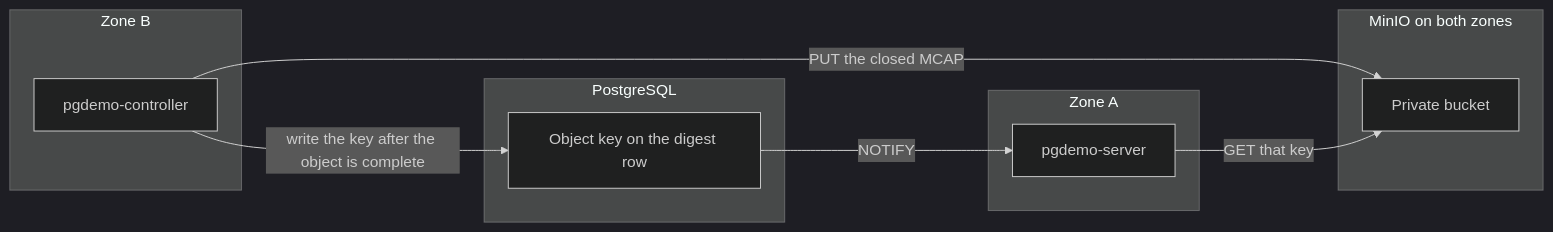
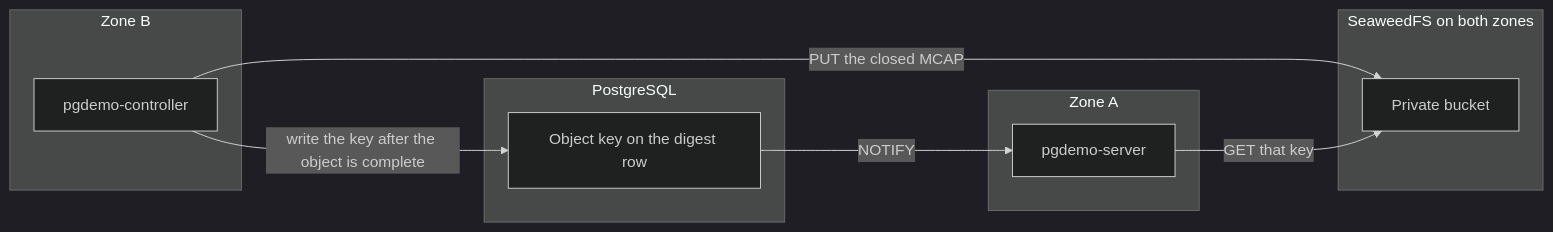
Before and after one commit to jgmatu/postgresql: the third of 5 diagrams in TODO.md, drawn with Mermaid (dark theme). The commit also changed other lines of this file, not shown here.

Commit message:
Use SeaweedFS for the fat telemetry body and keep PostgreSQL as the clock between the two processes.

````diff
--- a/TODO.md
+++ b/TODO.md
@@ -98,20 +107,20 @@
 ```mermaid
 flowchart LR
     subgraph zoneB [Zone B]
         producer[pgdemo-controller]
     end
-    subgraph buffer [MinIO on both zones]
+    subgraph buffer [SeaweedFS on both zones]
         bucket[Private bucket]
     end
     subgraph handoff [PostgreSQL]
         key[Object key on the digest row]
     end
     subgraph zoneA [Zone A]
         consumer[pgdemo-server]
     end
 
     producer -->|PUT the closed MCAP| bucket
     producer -->|write the key after the object is complete| key
     key -->|NOTIFY| consumer
     consumer -->|GET that key| bucket
 ```
````
